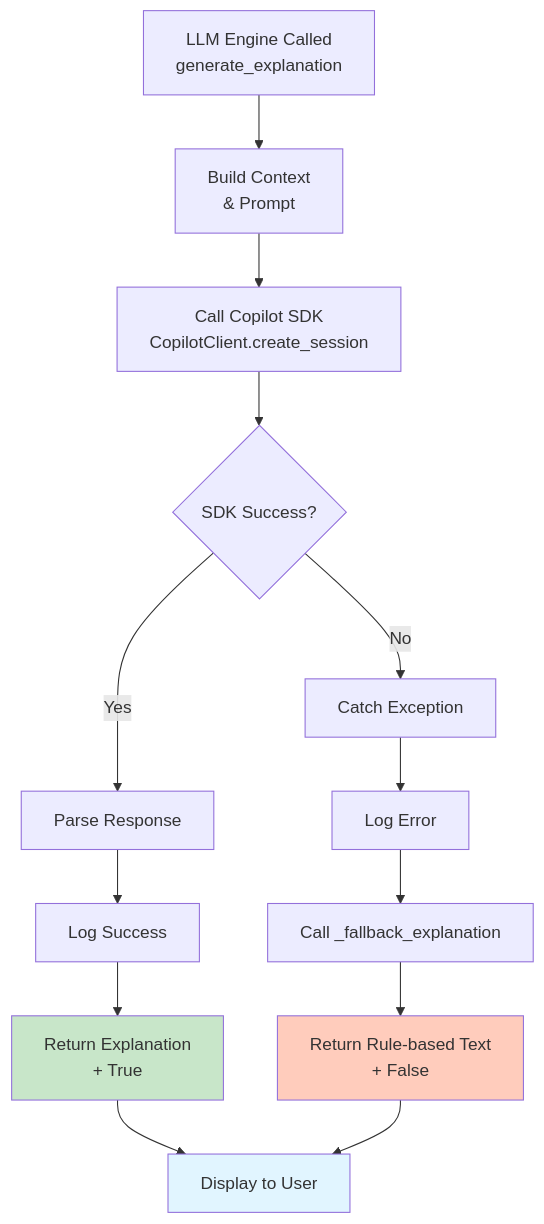
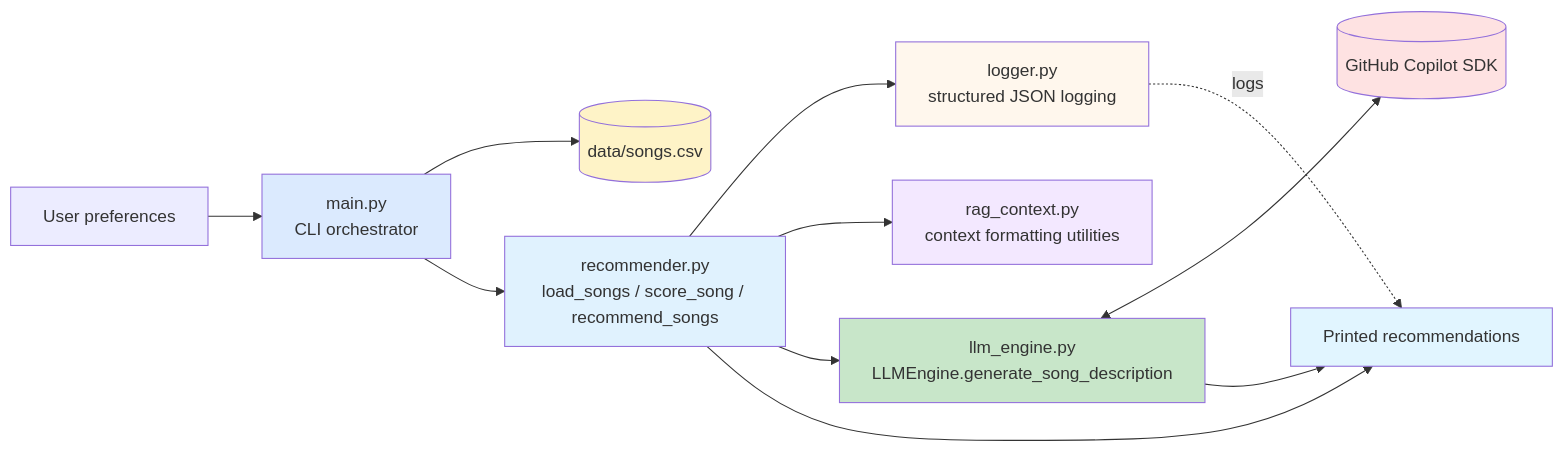
Before and after one commit to caldanayabur/applied-ai-system-project_v2: the diagram in README.md, drawn with Mermaid. The commit also changed other lines of this file and 7 other files, not shown here.

````diff
--- a/README.md
+++ b/README.md
@@ -47,25 +45,32 @@
 ```mermaid
-graph TD
-    A["LLM Engine Called<br/>generate_explanation"]
-    
-    A --> B["Build Context<br/>& Prompt"]
-    B --> C["Call Copilot SDK<br/>CopilotClient.create_session"]
-    
-    C --> D{SDK Success?}
-    
-    D -->|Yes| E["Parse Response"]
-    E --> F["Log Success"]
-    F --> G["Return Explanation<br/>+ True"]
-    
-    D -->|No| H["Catch Exception"]
-    H --> I["Log Error"]
-    I --> J["Call _fallback_explanation"]
-    J --> K["Return Rule-based Text<br/>+ False"]
-    
-    G --> L["Display to User"]
-    K --> L
-    
-    style G fill:#c8e6c9
-    style K fill:#ffccbc
-    style L fill:#e1f5ff
+graph LR
+   U["User preferences"]
+   M["main.py<br/>CLI orchestrator"]
+   D[(data/songs.csv)]
+   R["recommender.py<br/>load_songs / score_song / recommend_songs"]
+   E["llm_engine.py<br/>LLMEngine.generate_song_description"]
+   C["rag_context.py<br/>context formatting utilities"]
+   L["logger.py<br/>structured JSON logging"]
+   P[(GitHub Copilot SDK)]
+   O["Printed recommendations"]
+
+   U --> M
+   M --> D
+   M --> R
+   R --> L
+   R --> C
+   R --> E
+   E <--> P
+   E --> O
+   R --> O
+   L -. logs .-> O
+
+   style M fill:#dbeafe
+   style R fill:#e0f2fe
+   style E fill:#c8e6c9
+   style C fill:#f3e8ff
+   style L fill:#fff7ed
+   style D fill:#fef3c7
+   style P fill:#fee2e2
+   style O fill:#e1f5ff
 ```
````
